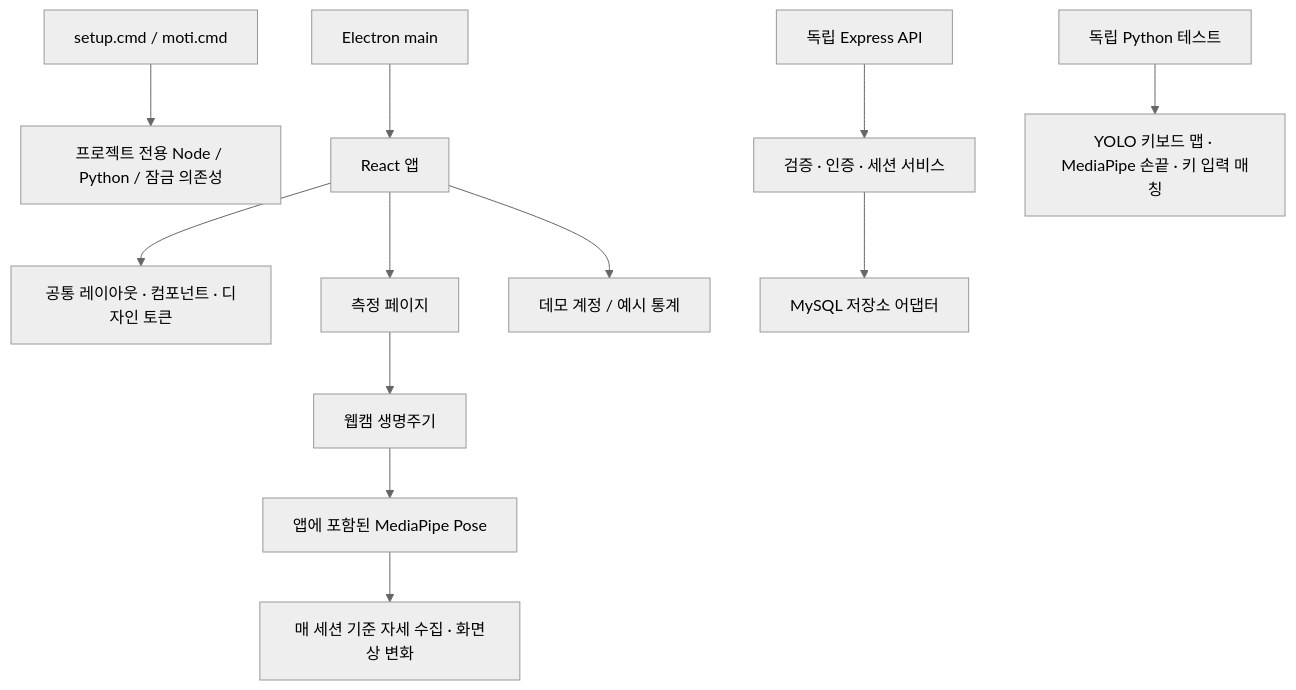
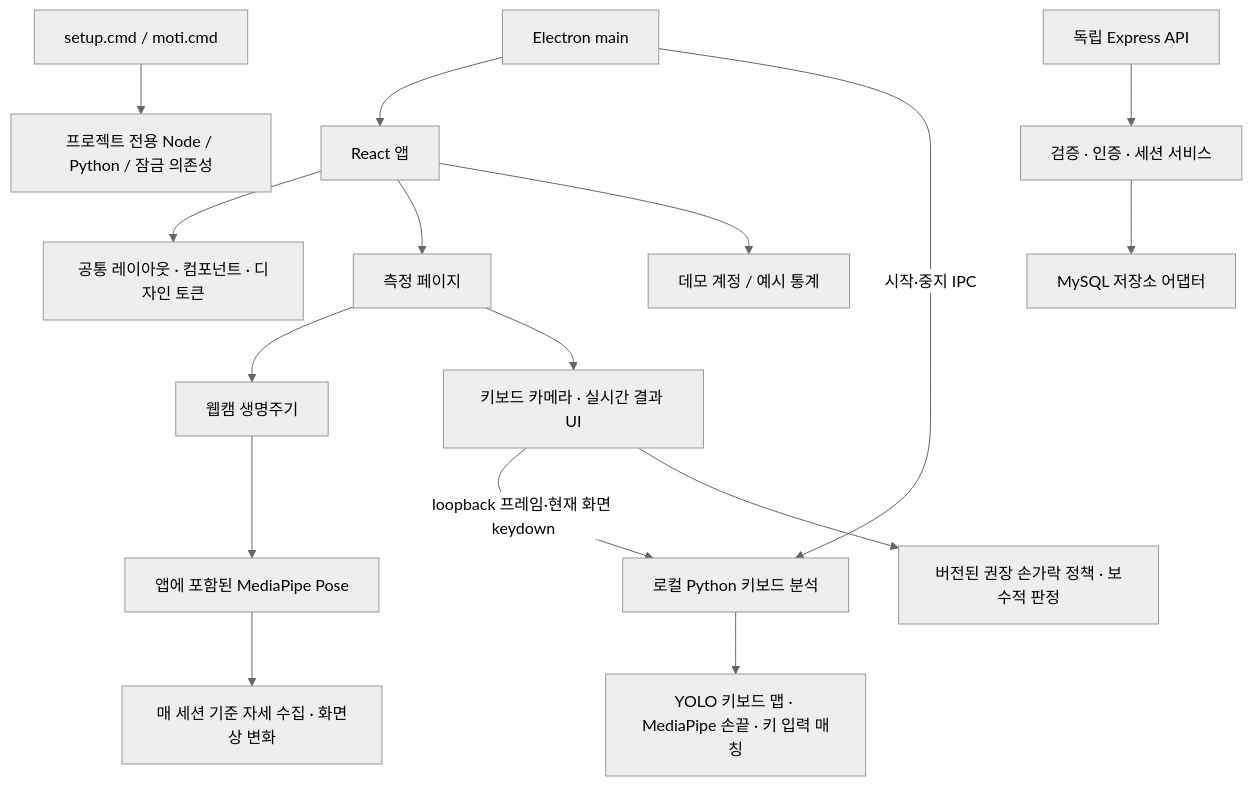
The diagram in docs/architecture.md (Attraaa/Graduation-Project), drawn with Mermaid (neutral theme) before and after one commit. The commit also changed other lines of this file and 45 other files, not shown here.

First line of the commit message:
features: 키보드 테스트 모듈 연동

````diff
--- a/docs/architecture.md
+++ b/docs/architecture.md
@@ -7,14 +7,18 @@
 ```mermaid
 flowchart TD
   S[setup.cmd / moti.cmd] --> T[프로젝트 전용 Node / Python / 잠금 의존성]
   E[Electron main] --> R[React 앱]
+  E -->|시작·중지 IPC| K[로컬 Python 키보드 분석]
   R --> UI[공통 레이아웃 · 컴포넌트 · 디자인 토큰]
   R --> M[측정 페이지]
   M --> W[웹캠 생명주기]
   W --> P[앱에 포함된 MediaPipe Pose]
   P --> C[매 세션 기준 자세 수집 · 화면상 변화]
   R --> D[데모 계정 / 예시 통계]
   A[독립 Express API] --> V[검증 · 인증 · 세션 서비스]
   V --> DB[MySQL 저장소 어댑터]
-  K[독립 Python 테스트] --> F[YOLO 키보드 맵 · MediaPipe 손끝 · 키 입력 매칭]
+  M --> KM[키보드 카메라 · 실시간 결과 UI]
+  KM -->|loopback 프레임·현재 화면 keydown| K
+  K --> F[YOLO 키보드 맵 · MediaPipe 손끝 · 키 입력 매칭]
+  KM --> FP[버전된 권장 손가락 정책 · 보수적 판정]
 ```
````
